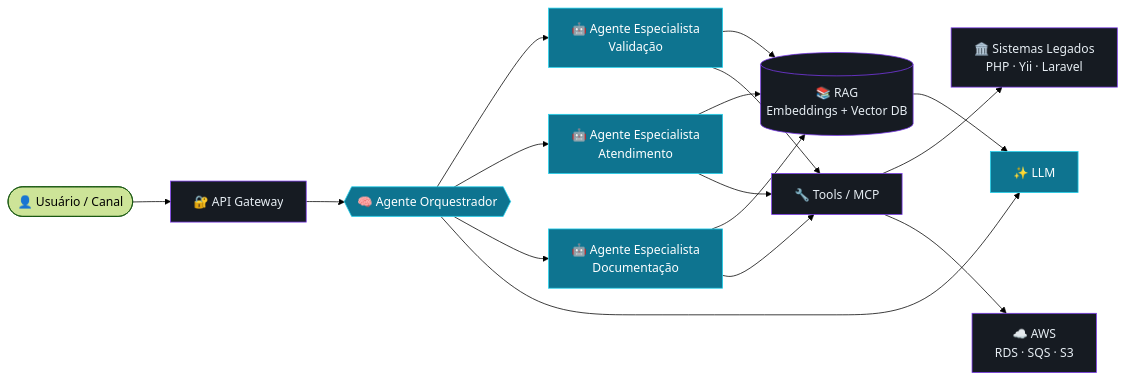
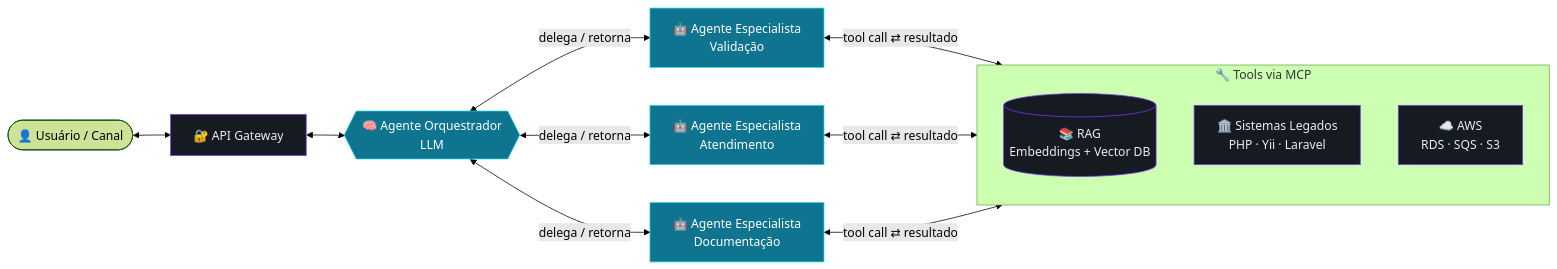
The diagram in README.md (FeSilva/FeSilva), drawn with Mermaid (forest theme) before and after one commit. The commit also changed other lines of this file, not shown here.

````diff
--- a/README.md
+++ b/README.md
@@ -73,22 +73,22 @@
 ```mermaid
 flowchart LR
-    U([👤 Usuário / Canal]) --> G[🔐 API Gateway]
-    G --> O{{🧠 Agente Orquestrador}}
+    U([👤 Usuário / Canal]) <--> G[🔐 API Gateway]
+    G <--> O{{🧠 Agente Orquestrador<br/>LLM}}
 
-    O --> A1[🤖 Agente Especialista<br/>Validação]
-    O --> A2[🤖 Agente Especialista<br/>Atendimento]
-    O --> A3[🤖 Agente Especialista<br/>Documentação]
+    O <-->|delega / retorna| A1[🤖 Agente Especialista<br/>Validação]
+    O <-->|delega / retorna| A2[🤖 Agente Especialista<br/>Atendimento]
+    O <-->|delega / retorna| A3[🤖 Agente Especialista<br/>Documentação]
 
-    A1 & A2 & A3 --> R[(📚 RAG<br/>Embeddings + Vector DB)]
-    A1 & A2 & A3 --> T[🔧 Tools / MCP]
-    T --> L[🏛️ Sistemas Legados<br/>PHP · Yii · Laravel]
-    T --> C[☁️ AWS<br/>RDS · SQS · S3]
+    subgraph MCP["🔧 Tools via MCP"]
+        R[(📚 RAG<br/>Embeddings + Vector DB)]
+        L[🏛️ Sistemas Legados<br/>PHP · Yii · Laravel]
+        C[☁️ AWS<br/>RDS · SQS · S3]
+    end
 
-    R --> M[✨ LLM]
-    O --> M
+    A1 & A2 & A3 <-->|tool call ⇄ resultado| MCP
 
     classDef ai fill:#0E7490,stroke:#22D3EE,color:#fff;
     classDef infra fill:#161B22,stroke:#7C3AED,color:#E6EDF3;
-    class O,A1,A2,A3,M ai;
-    class G,R,T,L,C infra;
+    class O,A1,A2,A3 ai;
+    class G,R,L,C infra;
 ```
````
